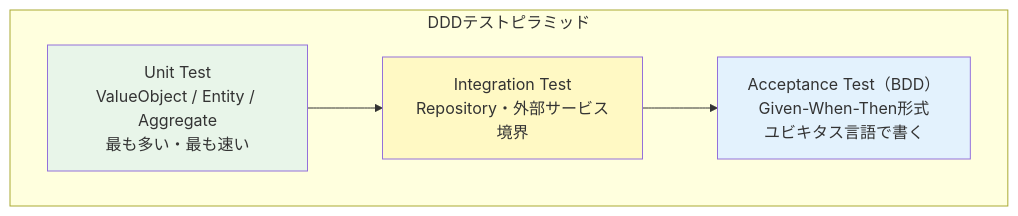
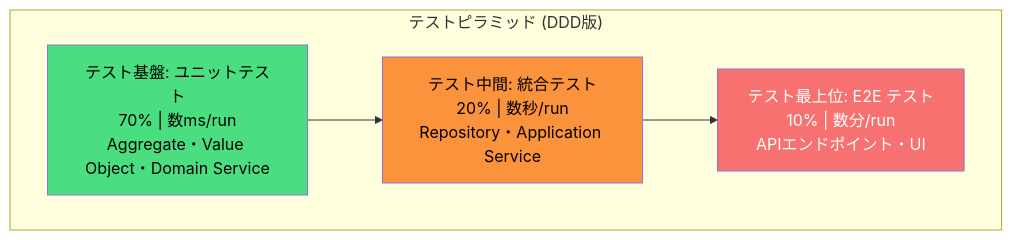
Before and after one commit to SakakitaniJunya/zenn-articles: the first of 2 diagrams in books/ddd-complete-guide/17-testing.md, drawn with Mermaid. The commit also changed other lines of this file and 26 other files, not shown here.

````diff
--- a/books/ddd-complete-guide/17-testing.md
+++ b/books/ddd-complete-guide/17-testing.md
@@ -12,13 +33,14 @@
 ```mermaid
 graph TB
-  subgraph TestPyramid["DDDテストピラミッド"]
-    AT["Acceptance Test（BDD）\nGiven-When-Then形式\nユビキタス言語で書く"]
-    IT["Integration Test\nRepository・外部サービス境界"]
-    UT["Unit Test\nValueObject / Entity / Aggregate\n最も多い・最も速い"]
-  end
+    subgraph Pyramid["テストピラミッド (DDD版)"]
+        E2E["テスト最上位: E2E テスト\n10% | 数分/run\nAPIエンドポイント・UI"]
+        Integration["テスト中間: 統合テスト\n20% | 数秒/run\nRepository・Application Service"]
+        Unit["テスト基盤: ユニットテスト\n70% | 数ms/run\nAggregate・Value Object・Domain Service"]
+    end
 
-  UT --> IT --> AT
-  style UT fill:#e8f5e9
-  style IT fill:#fff9c4
-  style AT fill:#e3f2fd
+    Unit --> Integration --> E2E
+
+    style Unit fill:#4ade80,color:#000
+    style Integration fill:#fb923c,color:#000
+    style E2E fill:#f87171,color:#fff
 ```
````
